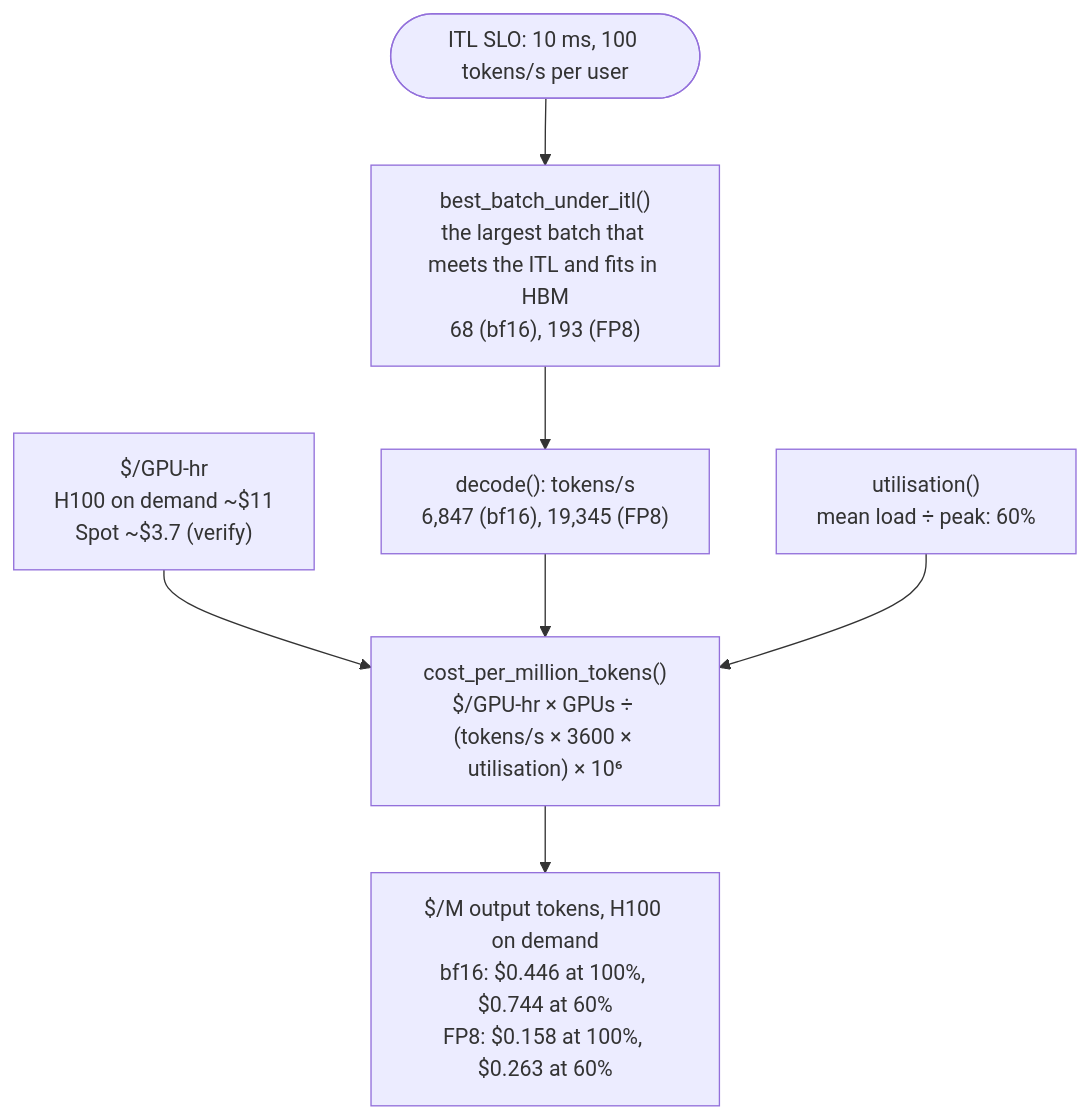
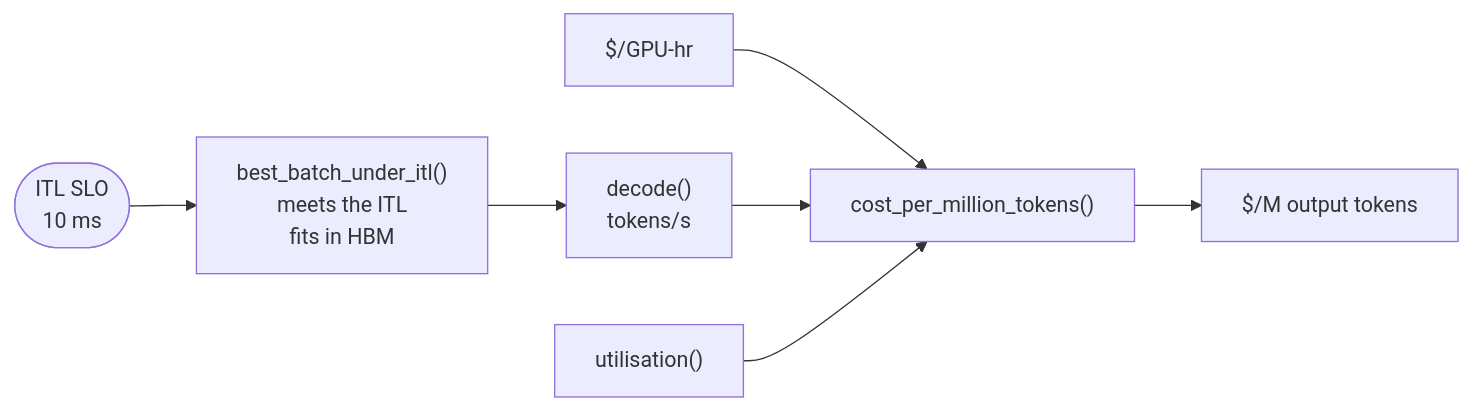
The diagram in 01-hardware-gpu-fabric/roofline-and-fabric/PRIMER.md (aniryou/full-stack-agentic-engineer), drawn with Mermaid before and after one commit. The commit also changed 633 other files, not shown here.

First line of the commit message:
Accessible language and one-screen figures, part 1: every figure fits a screen, the STE second pass over the layers (#53)

````diff
--- a/01-hardware-gpu-fabric/roofline-and-fabric/PRIMER.md
+++ b/01-hardware-gpu-fabric/roofline-and-fabric/PRIMER.md
@@ -789,9 +789,9 @@
 ```mermaid
-flowchart TB
-  SLO(["ITL SLO: 10 ms, 100 tokens/s per user"]) --> B["best_batch_under_itl()<br/>the largest batch that meets the ITL and fits in HBM<br/>68 (bf16), 193 (FP8)"]
-  B --> T["decode(): tokens/s<br/>6,847 (bf16), 19,345 (FP8)"]
-  P["$/GPU-hr<br/>H100 on demand ~$11<br/>Spot ~$3.7 (verify)"] --> C
-  T --> C["cost_per_million_tokens()<br/>$/GPU-hr × GPUs ÷ (tokens/s × 3600 × utilisation) × 10⁶"]
-  U["utilisation()<br/>mean load ÷ peak: 60%"] --> C
-  C --> R["$/M output tokens, H100 on demand<br/>bf16: $0.446 at 100%, $0.744 at 60%<br/>FP8: $0.158 at 100%, $0.263 at 60%"]
+flowchart LR
+  SLO(["ITL SLO<br/>10 ms"]) --> B["best_batch_under_itl()<br/>meets the ITL<br/>fits in HBM"]
+  B --> T["decode()<br/>tokens/s"]
+  P["$/GPU-hr"] --> C
+  T --> C["cost_per_million_tokens()"]
+  U["utilisation()"] --> C
+  C --> R["$/M output tokens"]
 ```
````
